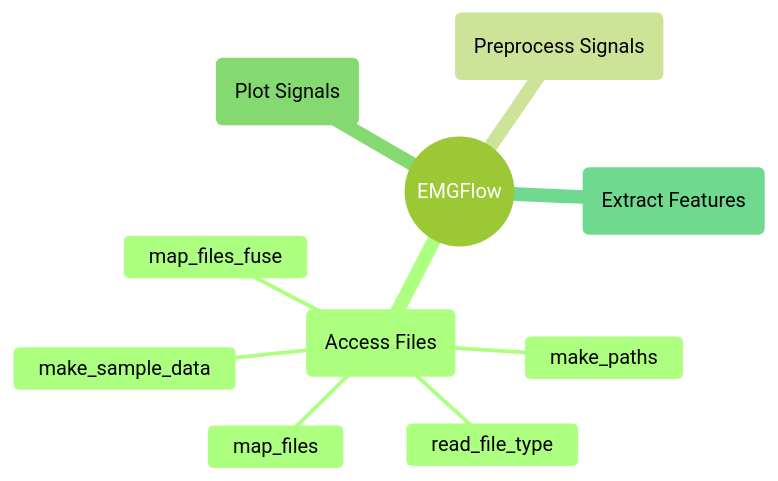
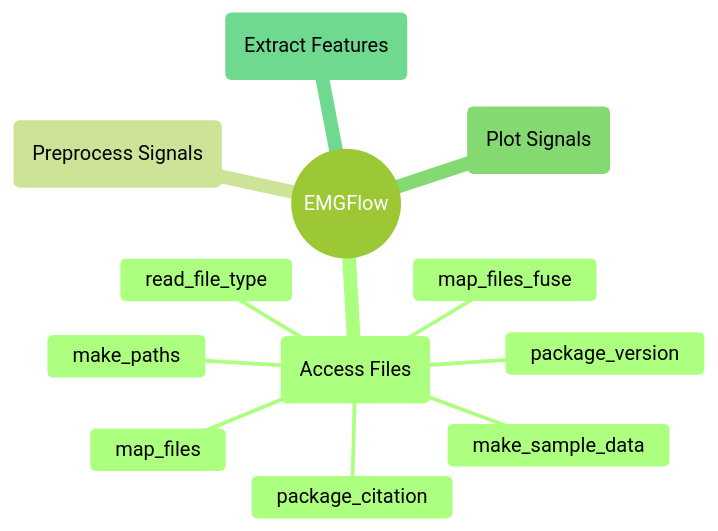
One commit to WiIIson/EMGFlow-Python-Package changed the diagram in docs/reference/access-files.md. Above: the diagram before and after it, drawn with Mermaid (forest theme). The commit also changed other lines of this file and 1 other file, not shown here.

````diff
--- a/docs/reference/access-files.md
+++ b/docs/reference/access-files.md
@@ -7,13 +7,15 @@
 ```mermaid
 mindmap
     root((EMGFlow))
         AF(Access Files)
+            package_version
+            package_citation
             make_paths
             make_sample_data
             read_file_type
             map_files
             map_files_fuse
         PrS(Preprocess Signals)
         PlS(Plot Signals)
         EF(Extract Features)
 ```
````
